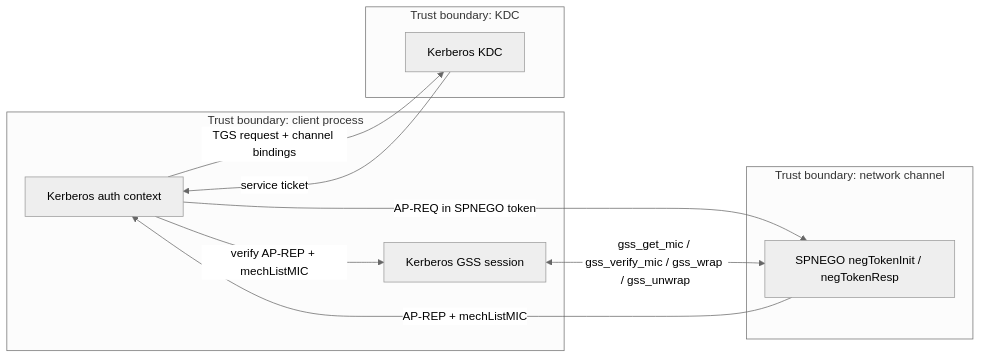
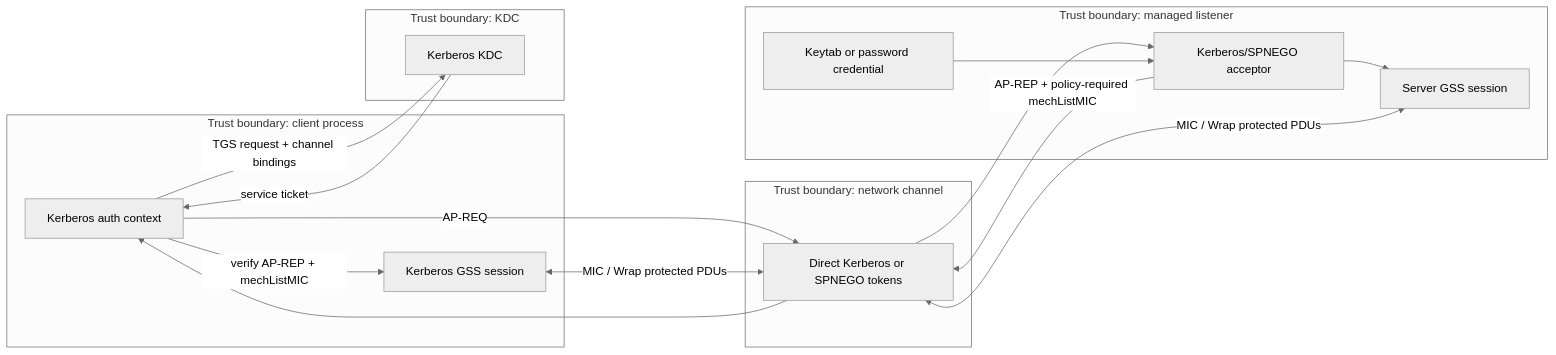
One commit to marcschier/opc-classic changed the fourth of 4 diagrams in docs/security/THREAT_MODEL.md. Above: the diagram before and after it, drawn with Mermaid (neutral theme). The commit also changed other lines of this file and 284 other files, not shown here.

````diff
--- a/docs/security/THREAT_MODEL.md
+++ b/docs/security/THREAT_MODEL.md
@@ -149,22 +151,31 @@
 ```mermaid
 flowchart LR
     subgraph ClientBoundary[Trust boundary: client process]
         KAuth[Kerberos auth context]
         KSession[Kerberos GSS session]
     end
 
     subgraph NetworkBoundary[Trust boundary: network channel]
-        Spnego[SPNEGO negTokenInit / negTokenResp]
+        Token[Direct Kerberos or SPNEGO tokens]
     end
 
     subgraph IdentityBoundary[Trust boundary: KDC]
         Kdc[Kerberos KDC]
     end
 
+    subgraph ServerBoundary[Trust boundary: managed listener]
+        KAccept[Kerberos/SPNEGO acceptor]
+        SCred[Keytab or password credential]
+        SSession[Server GSS session]
+    end
+
     KAuth -- TGS request + channel bindings --> Kdc
     Kdc -- service ticket --> KAuth
-    KAuth -- AP-REQ in SPNEGO token --> Spnego
-    Spnego -- AP-REP + mechListMIC --> KAuth
+    KAuth -- AP-REQ --> Token --> KAccept
+    SCred --> KAccept
+    KAccept -- AP-REP + policy-required mechListMIC --> Token --> KAuth
     KAuth -- verify AP-REP + mechListMIC --> KSession
-    KSession <-->|gss_get_mic / gss_verify_mic / gss_wrap / gss_unwrap| Spnego
+    KAccept --> SSession
+    KSession <-->|MIC / Wrap protected PDUs| Token
+    Token <-->|MIC / Wrap protected PDUs| SSession
 ```
````
